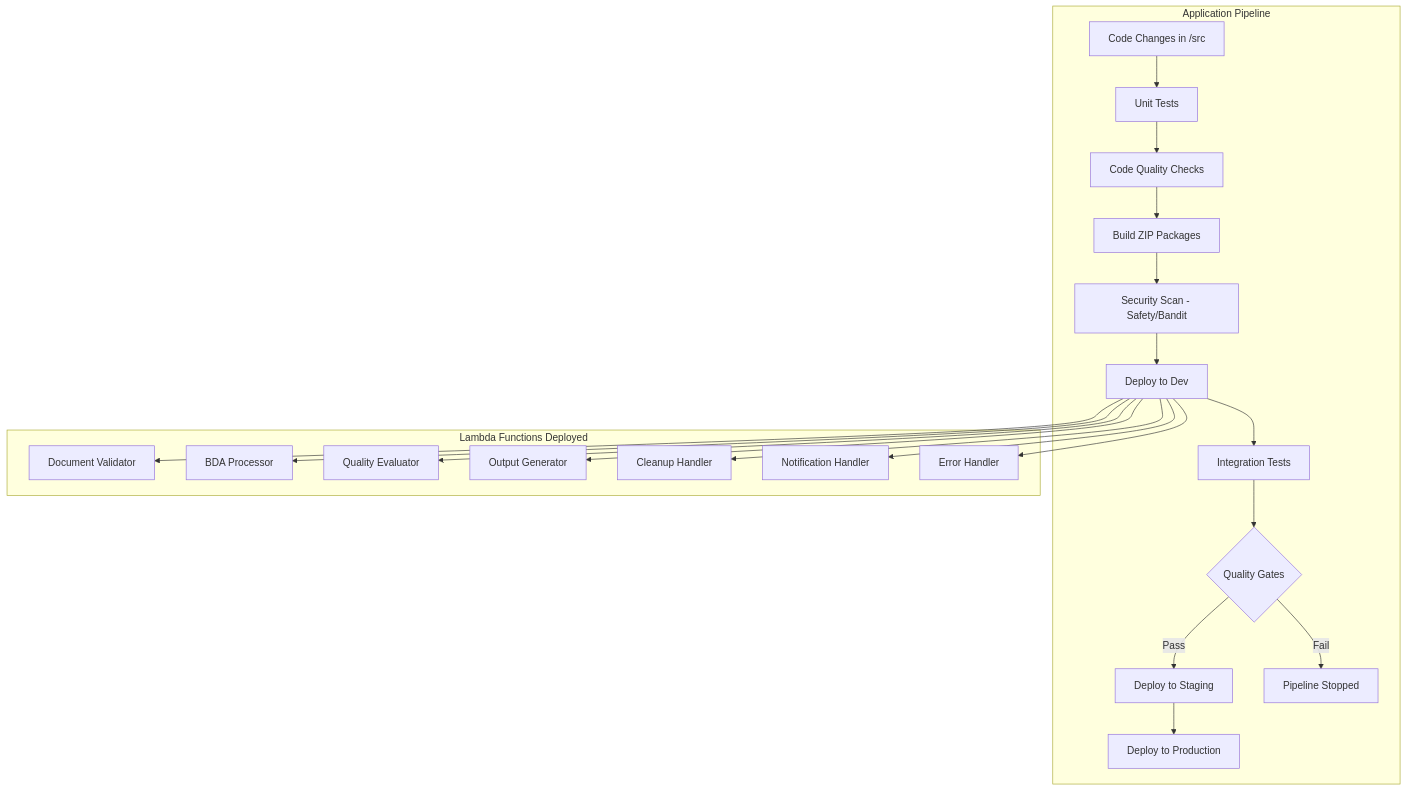
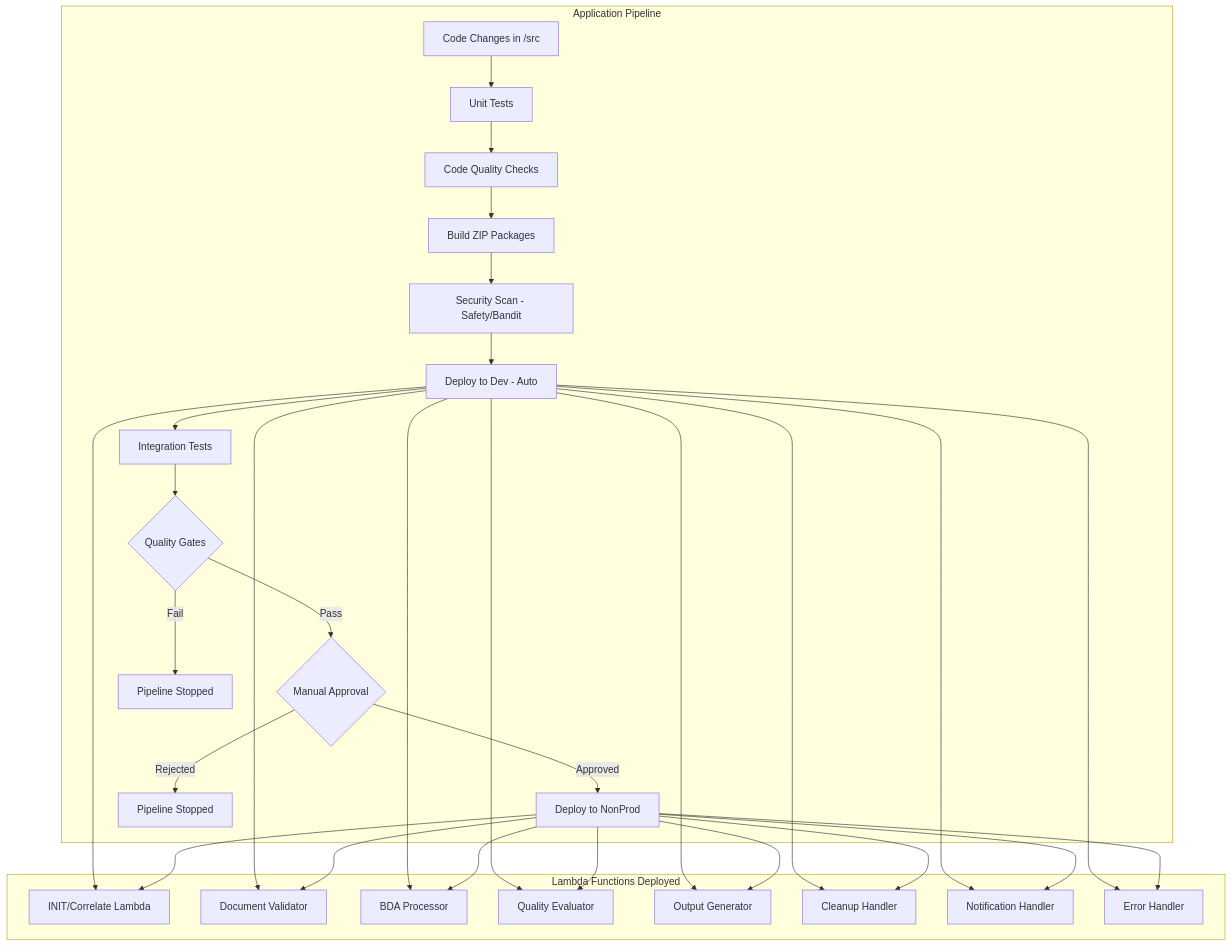
Before and after one commit to prime89-hash/design-document-idp: the third of 4 diagrams in .kiro/specs/intelligent-document-processing/design.md, drawn with Mermaid. The commit also changed other lines of this file, not shown here.

Commit message:
updated the IDP document

````diff
--- a/.kiro/specs/intelligent-document-processing/design.md
+++ b/.kiro/specs/intelligent-document-processing/design.md
@@ -1186,33 +1263,44 @@
 ```mermaid
 graph TB
     subgraph "Application Pipeline"
         A[Code Changes in /src] --> B[Unit Tests]
         B --> C[Code Quality Checks]
         C --> D[Build ZIP Packages]
         D --> E[Security Scan - Safety/Bandit]
-        E --> F[Deploy to Dev]
+        E --> F[Deploy to Dev - Auto]
         F --> G[Integration Tests]
         G --> H{Quality Gates}
-        H -->|Pass| I[Deploy to Staging]
-        I --> J[Deploy to Production]
+        H -->|Pass| I{Manual Approval}
+        I -->|Approved| J[Deploy to NonProd]
         H -->|Fail| K[Pipeline Stopped]
+        I -->|Rejected| L[Pipeline Stopped]
     end
     
     subgraph "Lambda Functions Deployed"
-        L[Document Validator]
-        M[BDA Processor]
-        N[Quality Evaluator]
-        O[Output Generator]
-        P[Cleanup Handler]
-        Q[Notification Handler]
-        R[Error Handler]
+        M[INIT/Correlate Lambda]
+        N[Document Validator]
+        O[BDA Processor]
+        P[Quality Evaluator]
+        Q[Output Generator]
+        R[Cleanup Handler]
+        S[Notification Handler]
+        T[Error Handler]
     end
     
-    F --> L
     F --> M
     F --> N
     F --> O
     F --> P
     F --> Q
     F --> R
+    F --> S
+    F --> T
+    J --> M
+    J --> N
+    J --> O
+    J --> P
+    J --> Q
+    J --> R
+    J --> S
+    J --> T
 ```
````
